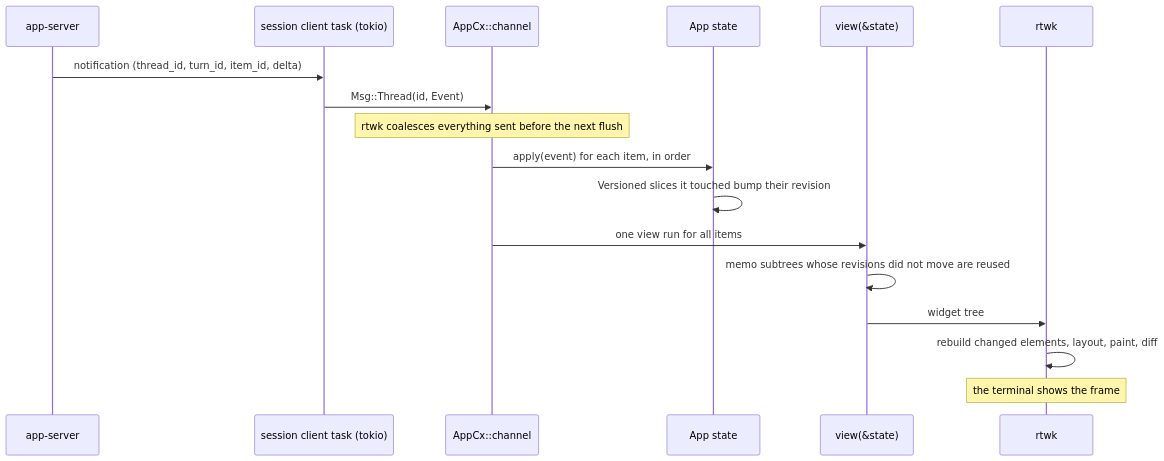
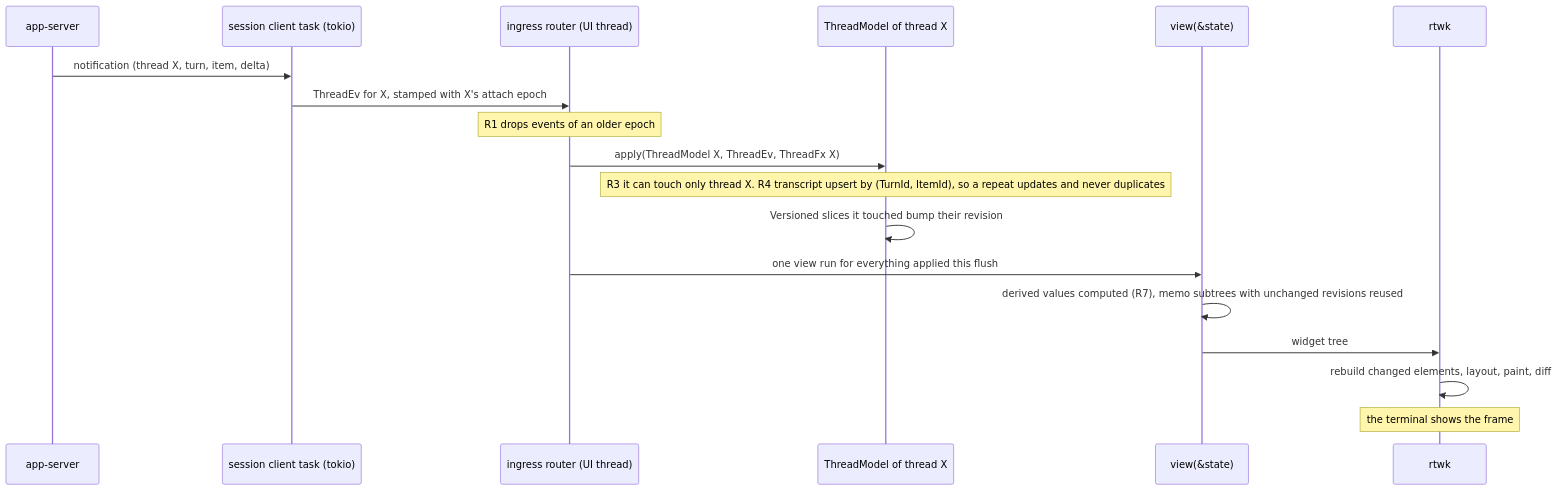
Before and after one commit to Maryarty/CodexCLI: the fourth of 11 diagrams in docs/rtwk-port/design.md, drawn with Mermaid. The commit also changed other lines of this file and 2 other files, not shown here.

Commit message:
design-adr003: design updated for accepted ADR-003 — thread-scoped apply, tickets, intents as values, R1-R14 in diagrams 4-6, new 6b bug classes removed by construction

````diff
--- a/docs/rtwk-port/design.md
+++ b/docs/rtwk-port/design.md
@@ -104,19 +104,20 @@
 ```mermaid
 sequenceDiagram
   participant AS as app-server
   participant T as session client task (tokio)
-  participant CH as AppCx::channel
-  participant M as App state
+  participant IN as ingress router (UI thread)
+  participant TM as ThreadModel of thread X
   participant V as view(&state)
   participant R as rtwk
-  AS->>T: notification (thread_id, turn_id, item_id, delta)
-  T->>CH: Msg::Thread(id, Event)
-  Note over CH: rtwk coalesces everything sent before the next flush
-  CH->>M: apply(event) for each item, in order
-  M->>M: Versioned slices it touched bump their revision
-  CH->>V: one view run for all items
-  V->>V: memo subtrees whose revisions did not move are reused
+  AS->>T: notification (thread X, turn, item, delta)
+  T->>IN: ThreadEv for X, stamped with X's attach epoch
+  Note over IN: R1 drops events of an older epoch
+  IN->>TM: apply(ThreadModel X, ThreadEv, ThreadFx X)
+  Note over TM: R3 it can touch only thread X. R4 transcript upsert by (TurnId, ItemId), so a repeat updates and never duplicates
+  TM->>TM: Versioned slices it touched bump their revision
+  IN->>V: one view run for everything applied this flush
+  V->>V: derived values computed (R7), memo subtrees with unchanged revisions reused
   V->>R: widget tree
   R->>R: rebuild changed elements, layout, paint, diff
   Note over R: the terminal shows the frame
 ```
````
